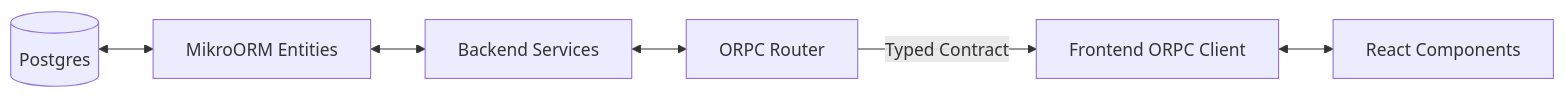
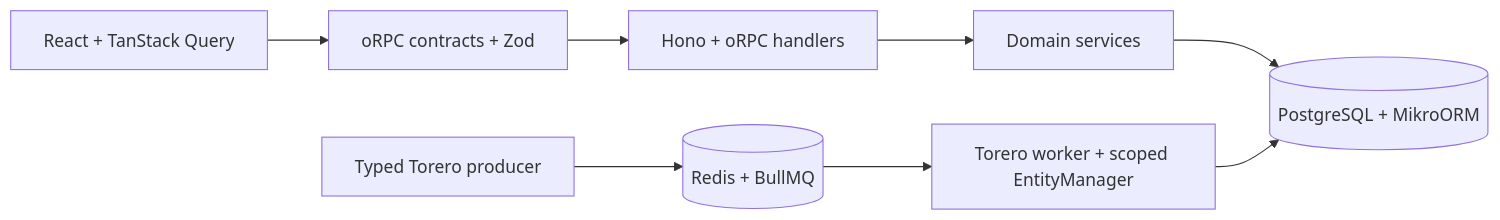
The diagram in README.md (josehdez01/monorepo-fillstack-template), drawn with Mermaid before and after one commit. The commit also changed other lines of this file and 371 other files, not shown here.

Commit message:
feat: modernize fullstack template and validate real application flows

````diff
--- a/README.md
+++ b/README.md
@@ -9,8 +36,10 @@
 ```mermaid
 flowchart LR
-    DB[(Postgres)] <--> ORM[MikroORM Entities]
-    ORM <--> Service[Backend Services]
-    Service <--> RPC[ORPC Router]
-    RPC -- "Typed Contract" --> Client[Frontend ORPC Client]
-    Client <--> React[React Components]
+    UI[React + TanStack Query] --> Contract[oRPC contracts + Zod]
+    Contract --> API[Hono + oRPC handlers]
+    API --> Service[Domain services]
+    Service --> DB[(PostgreSQL + MikroORM)]
+    Producer[Typed Torero producer] --> Redis[(Redis + BullMQ)]
+    Redis --> Worker[Torero worker + scoped EntityManager]
+    Worker --> DB
 ```
````
